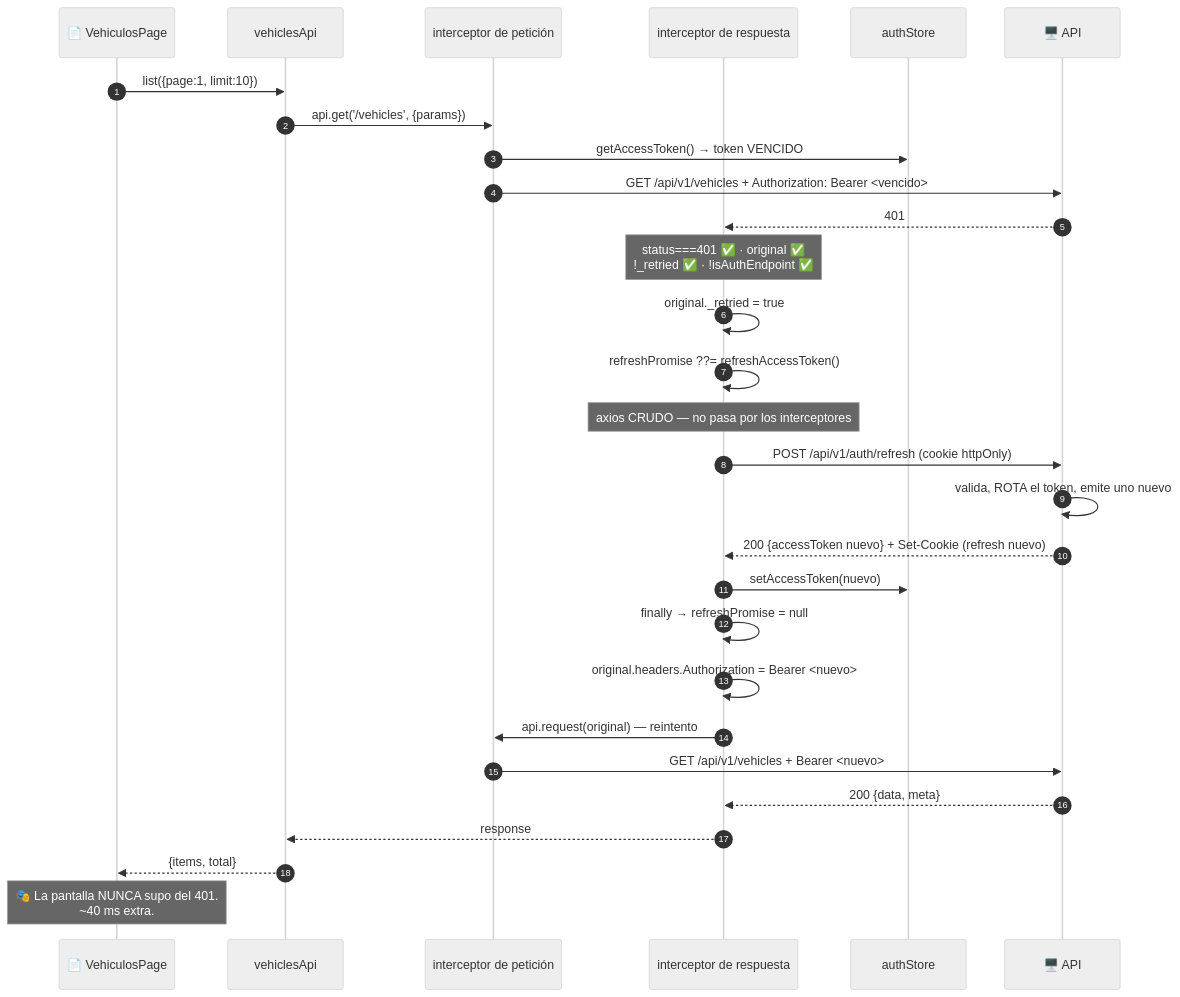
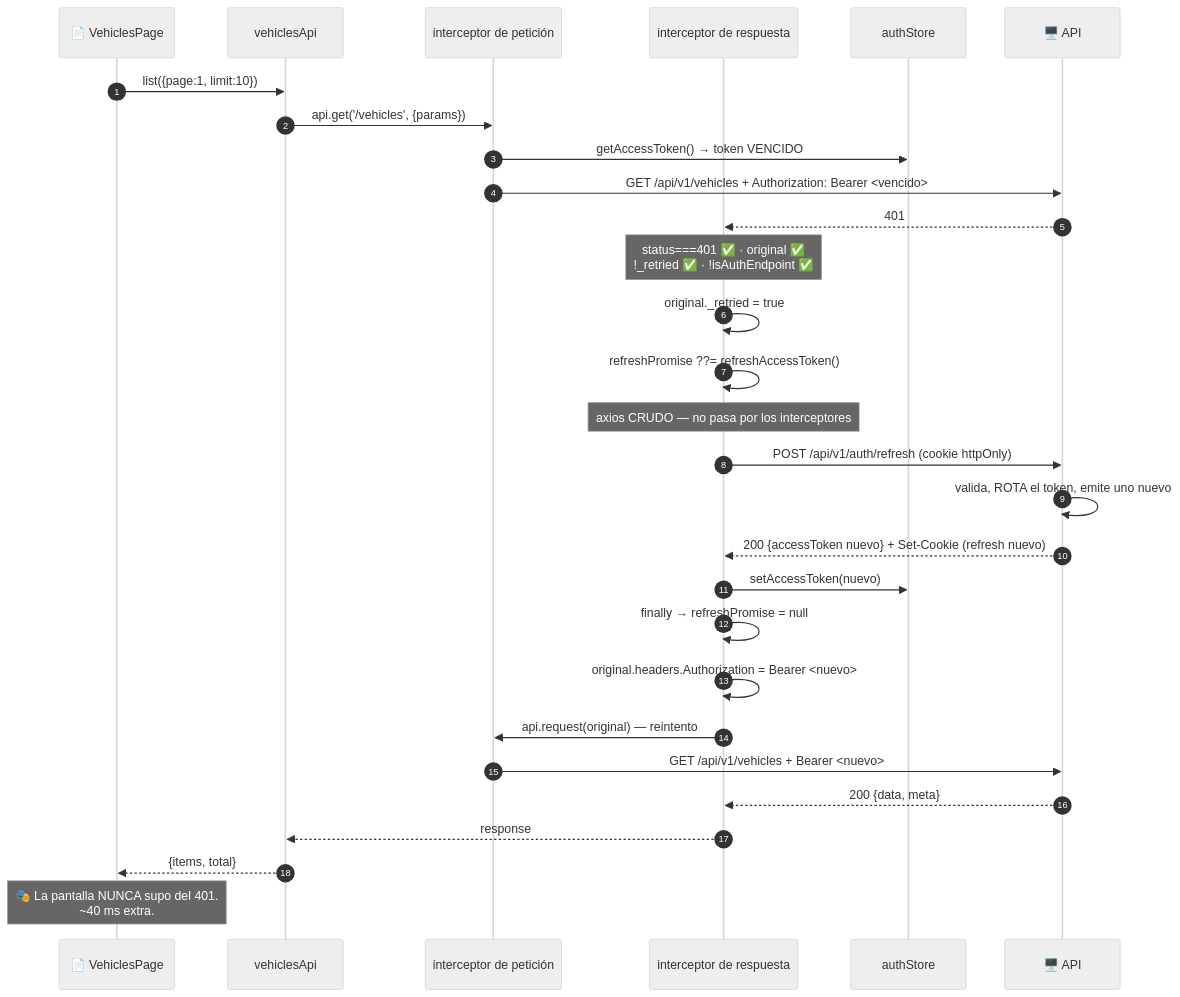
Before and after one commit to roman5983/Gesti-n-Log-stica-y-Flota-: the third of 4 diagrams in docs/manual-tecnico/19-frontend-api.md, drawn with Mermaid (neutral theme). The commit also changed other lines of this file and 55 other files, not shown here.

````diff
--- a/docs/manual-tecnico/19-frontend-api.md
+++ b/docs/manual-tecnico/19-frontend-api.md
@@ -789,34 +789,34 @@
 ```mermaid
 sequenceDiagram
     autonumber
-    participant P as 📄 VehiculosPage
+    participant P as 📄 VehiclesPage
     participant C as vehiclesApi
     participant IQ as interceptor de petición
     participant IR as interceptor de respuesta
     participant S as authStore
     participant A as 🖥️ API
 
     P->>C: list({page:1, limit:10})
     C->>IQ: api.get('/vehicles', {params})
     IQ->>S: getAccessToken() → token VENCIDO
     IQ->>A: GET /api/v1/vehicles + Authorization: Bearer <vencido>
     A-->>IR: 401
 
     Note over IR: status===401 ✅ · original ✅<br/>!_retried ✅ · !isAuthEndpoint ✅
     IR->>IR: original._retried = true
     IR->>IR: refreshPromise ??= refreshAccessToken()
     Note over IR: axios CRUDO — no pasa por los interceptores
     IR->>A: POST /api/v1/auth/refresh (cookie httpOnly)
     A->>A: valida, ROTA el token, emite uno nuevo
     A-->>IR: 200 {accessToken nuevo} + Set-Cookie (refresh nuevo)
     IR->>S: setAccessToken(nuevo)
     IR->>IR: finally → refreshPromise = null
     IR->>IR: original.headers.Authorization = Bearer <nuevo>
     IR->>IQ: api.request(original) — reintento
     IQ->>A: GET /api/v1/vehicles + Bearer <nuevo>
     A-->>IR: 200 {data, meta}
     IR-->>C: response
     C-->>P: {items, total}
 
     Note over P: 🎭 La pantalla NUNCA supo del 401.<br/>~40 ms extra.
 ```
````
